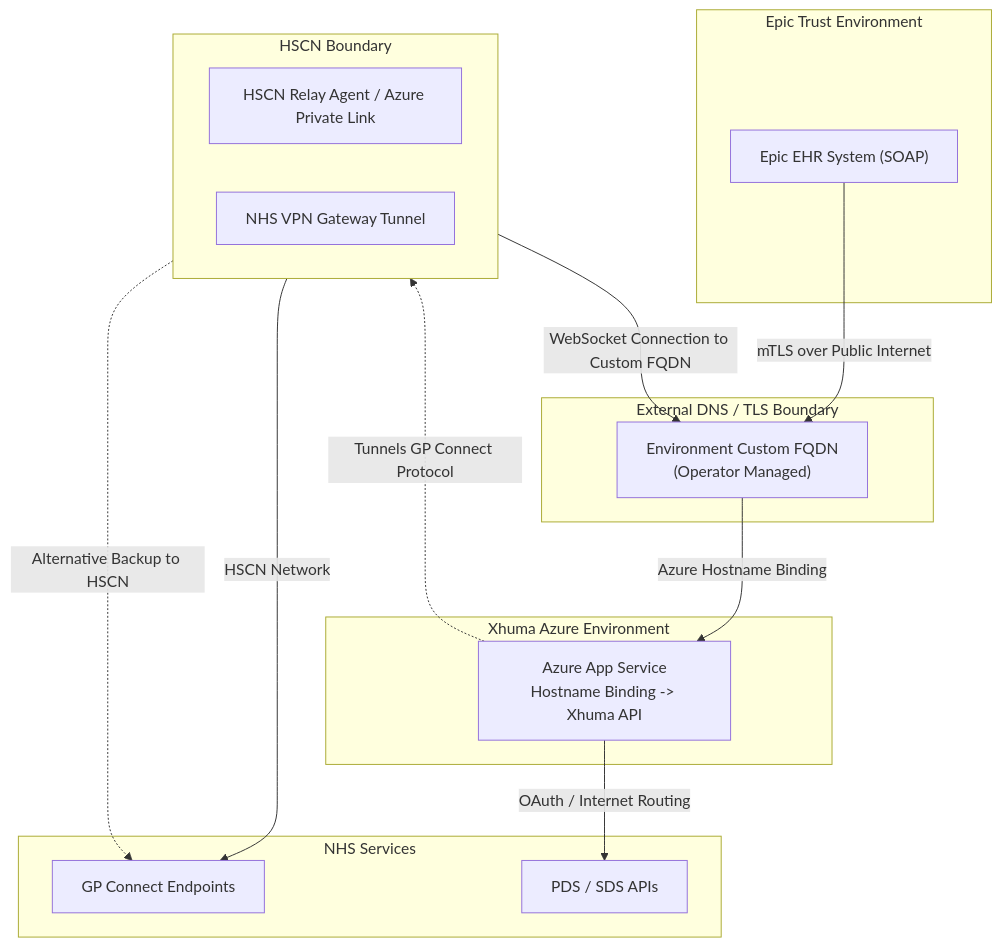
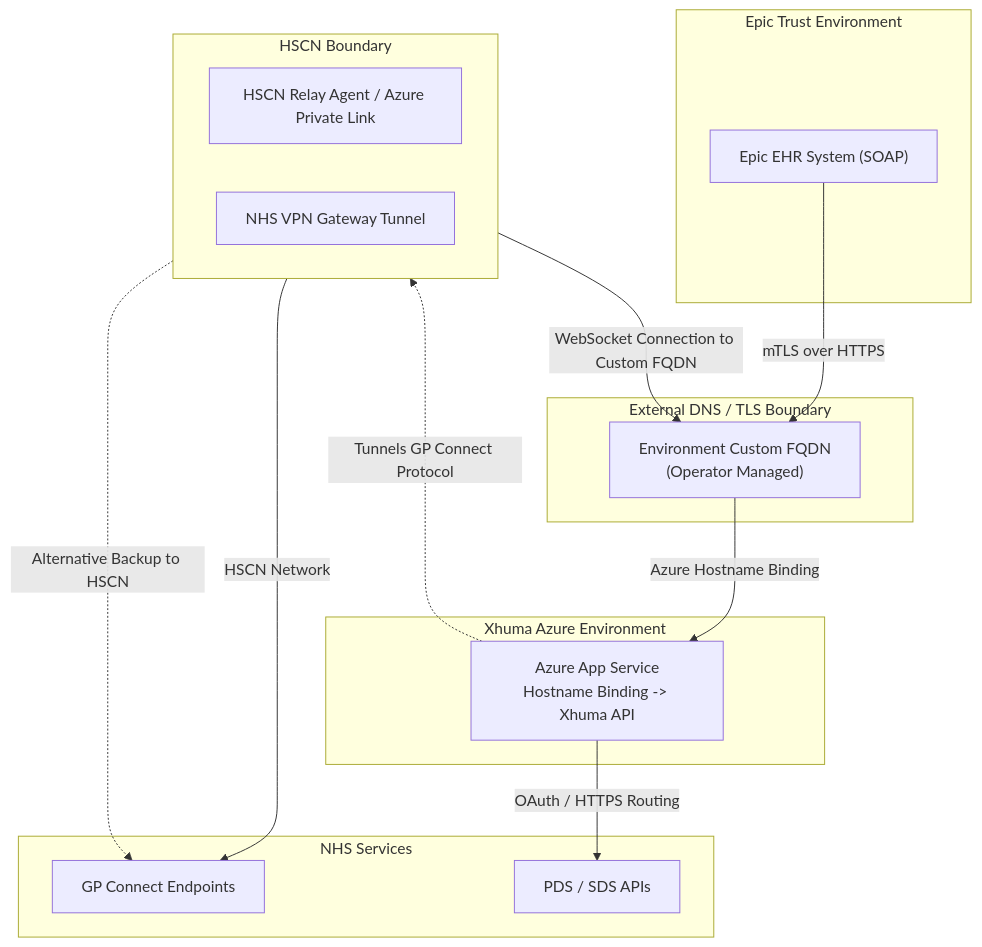
Before and after one commit to UCLH-Digital-Innovation-Hub/Xhuma: the first of 2 diagrams in docs/architecture/network_architecture.md, drawn with Mermaid. The commit also changed other lines of this file and 13 other files, not shown here.

````diff
--- a/docs/architecture/network_architecture.md
+++ b/docs/architecture/network_architecture.md
@@ -86,34 +85,34 @@
 ```mermaid
 flowchart TD
     subgraph Client [Epic Trust Environment]
         A["Epic EHR System (SOAP)"]
     end
 
     subgraph DNS [External DNS / TLS Boundary]
         FQDN["Environment Custom FQDN\n(Operator Managed)"]
     end
 
     subgraph AzureAppService [Xhuma Azure Environment]
         B["Azure App Service\nHostname Binding -> Xhuma API"]
     end
 
     subgraph Connectivity [HSCN Boundary]
         direction LR
         C[HSCN Relay Agent / Azure Private Link]
         D[NHS VPN Gateway Tunnel]
     end
 
     subgraph NHS [NHS Services]
         E[GP Connect Endpoints]
         F[PDS / SDS APIs]
     end
 
-    A -->|mTLS over Public Internet| FQDN
+    A -->|mTLS over HTTPS| FQDN
     FQDN -->|Azure Hostname Binding| B
-    B -->|OAuth / Internet Routing| F
+    B -->|OAuth / HTTPS Routing| F
     
     C -->|WebSocket Connection to Custom FQDN| FQDN
     B -.->|Tunnels GP Connect Protocol| C
     C -->|HSCN Network| E
     D -.->|Alternative Backup to HSCN| E
 ```
````
